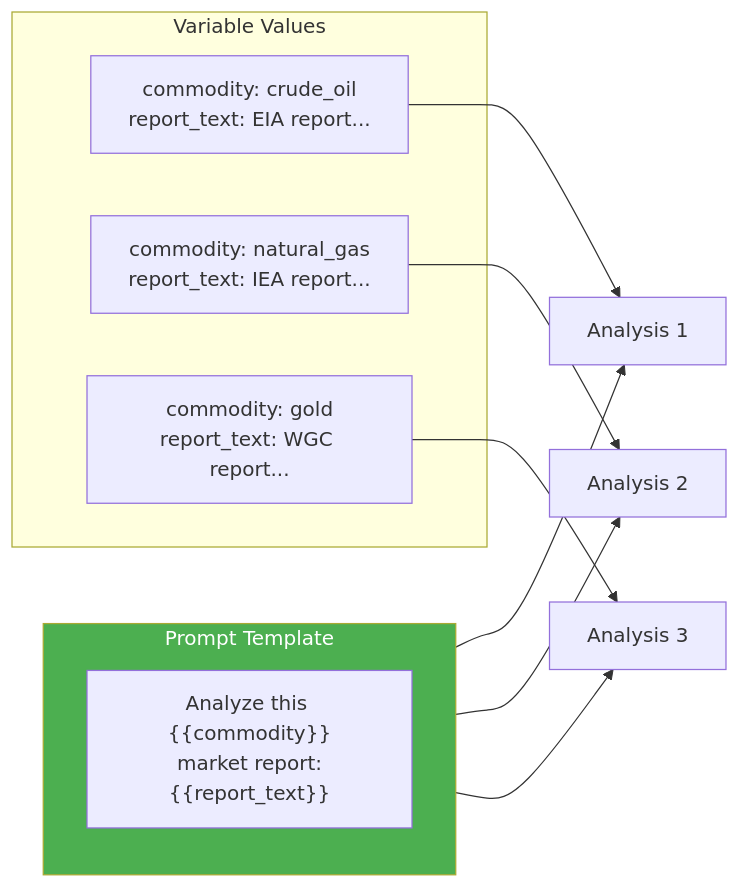
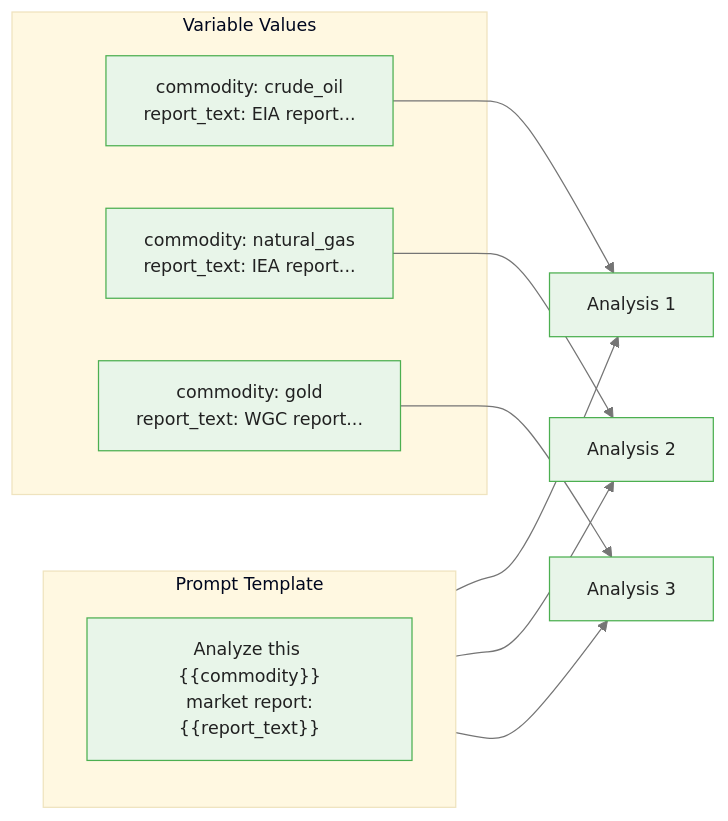
Before and after one commit to m-deane/course-creator: the first of 5 diagrams in courses/dataiku-genai/modules/module_01_prompts/guides/02_template_variables_slides.md, drawn with Mermaid. The commit also changed other lines of this file and 54 other files, not shown here.

````diff
--- a/courses/dataiku-genai/modules/module_01_prompts/guides/02_template_variables_slides.md
+++ b/courses/dataiku-genai/modules/module_01_prompts/guides/02_template_variables_slides.md
@@ -32,21 +33,20 @@
 ```mermaid
+%%{init: {"theme": "base", "themeVariables": {"primaryColor": "#e8f5e9", "primaryBorderColor": "#4caf50", "primaryTextColor": "#212121", "secondaryColor": "#e3f2fd", "tertiaryColor": "#fff8e1", "lineColor": "#757575", "fontFamily": "Inter, sans-serif", "fontSize": "14px"}}}%%
 flowchart LR
     subgraph Template[Prompt Template]
         T["Analyze this {{commodity}}<br/>market report:<br/>{{report_text}}"]
     end
 
     subgraph Data[Variable Values]
         D1["commodity: crude_oil<br/>report_text: EIA report..."]
         D2["commodity: natural_gas<br/>report_text: IEA report..."]
         D3["commodity: gold<br/>report_text: WGC report..."]
     end
 
     Template --> O1[Analysis 1]
     Template --> O2[Analysis 2]
     Template --> O3[Analysis 3]
     D1 --> O1
     D2 --> O2
     D3 --> O3
-
-    style Template fill:#4CAF50,color:#fff
 ```
````
